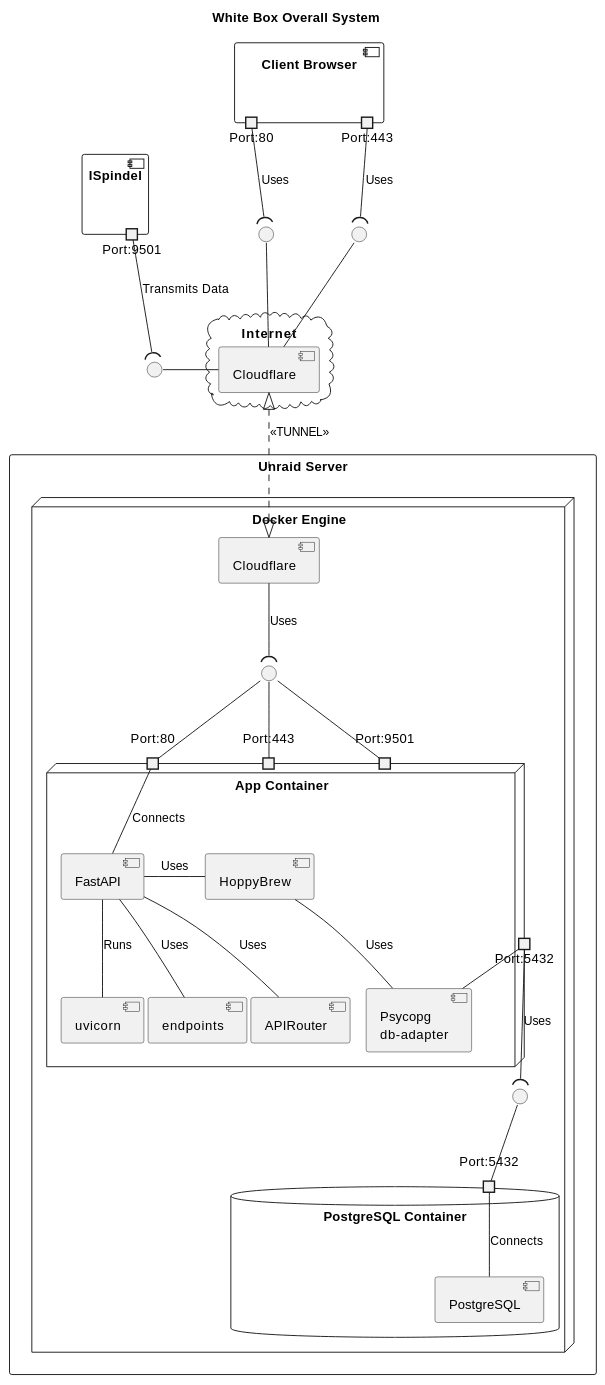
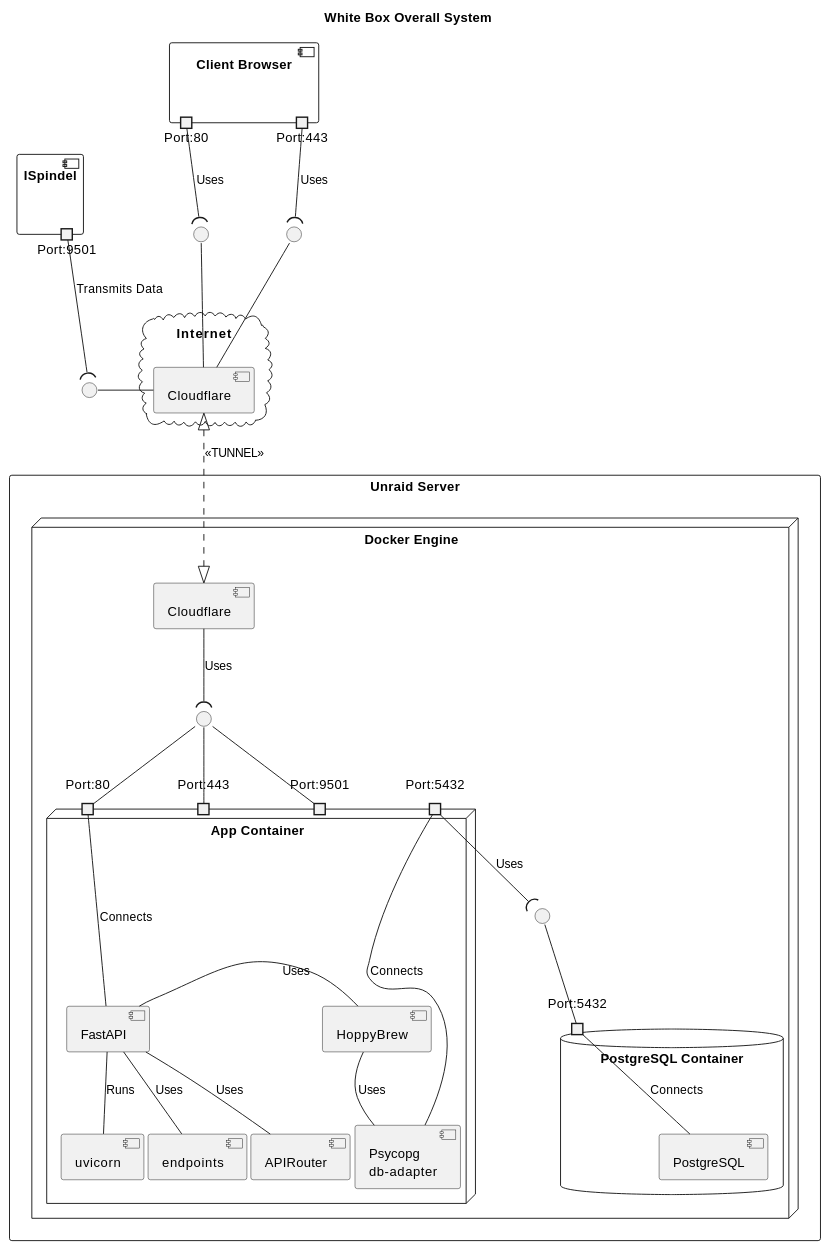
One commit to asbor/iu-project-software-engineering changed the fourth of 5 diagrams in documents/01-Conception-Phase/00-HoppyBrew.md. Above: the diagram before and after it, drawn with PlantUML. The commit also changed 3 other files, not shown here.

```diff
--- a/documents/01-Conception-Phase/00-HoppyBrew.md
+++ b/documents/01-Conception-Phase/00-HoppyBrew.md
@@ -455,10 +455,10 @@
             component "endpoints" as endpoints
             component "APIRouter" as APIRouter
 
-            portin "Port:80" as port80
-            portin "Port:443" as port443
-            portin "Port:9501" as port9501
-            portout "Port:5432" as db_port
+            port "Port:80" as port80
+            port "Port:443" as port443
+            port "Port:9501" as port9501
+            port "Port:5432" as db_port
             
 
             api - HoppyBrew : Uses
```
